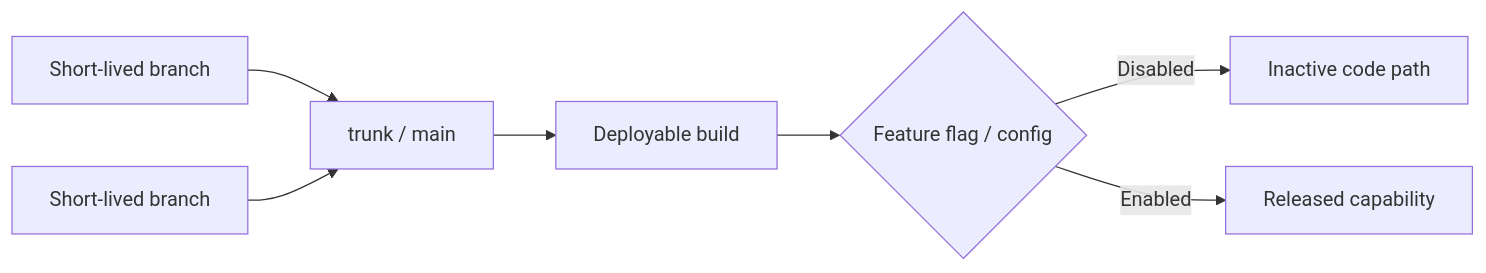
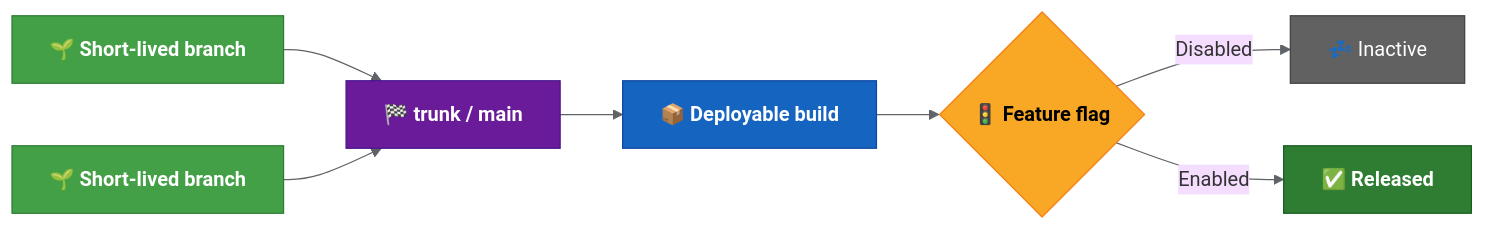
The third of 3 diagrams in docs/branching-options.md (benanaktaspusulait/branching-strategy), drawn with Mermaid before and after one commit. The commit also changed other lines of this file and 2 other files, not shown here.

````diff
--- a/docs/branching-options.md
+++ b/docs/branching-options.md
@@ -176,9 +191,18 @@
 ```mermaid
+%%{init: {'theme': 'base', 'themeVariables': {'lineColor': '#5f6368'}}}%%
+
 flowchart LR
-  S3A["Short-lived branch"] --> T3["trunk / main"]
-  S3B["Short-lived branch"] --> T3
-  T3 --> DEP3["Deployable build"]
-  DEP3 --> CFG3{"Feature flag / config"}
-  CFG3 -->|Disabled| SAFE3["Inactive code path"]
-  CFG3 -->|Enabled| LIVE3["Released capability"]
+  S3A["🌱 Short-lived branch"]:::feat --> T3["🏁 trunk / main"]:::trunk
+  S3B["🌱 Short-lived branch"]:::feat --> T3
+  T3 --> DEP3["📦 Deployable build"]:::build
+  DEP3 --> CFG3{"🚦 Feature flag"}:::flag
+  CFG3 -->|Disabled| SAFE3["💤 Inactive"]:::off
+  CFG3 -->|Enabled| LIVE3["✅ Released"]:::on
+
+  classDef feat fill:#43a047,stroke:#2e7d32,color:#fff,font-weight:bold
+  classDef trunk fill:#6a1b9a,stroke:#4a148c,color:#fff,font-weight:bold
+  classDef build fill:#1565c0,stroke:#0d47a1,color:#fff,font-weight:bold
+  classDef flag fill:#f9a825,stroke:#f57f17,color:#000,font-weight:bold
+  classDef off fill:#616161,stroke:#424242,color:#fff
+  classDef on fill:#2e7d32,stroke:#1b5e20,color:#fff,font-weight:bold
 ```
````
